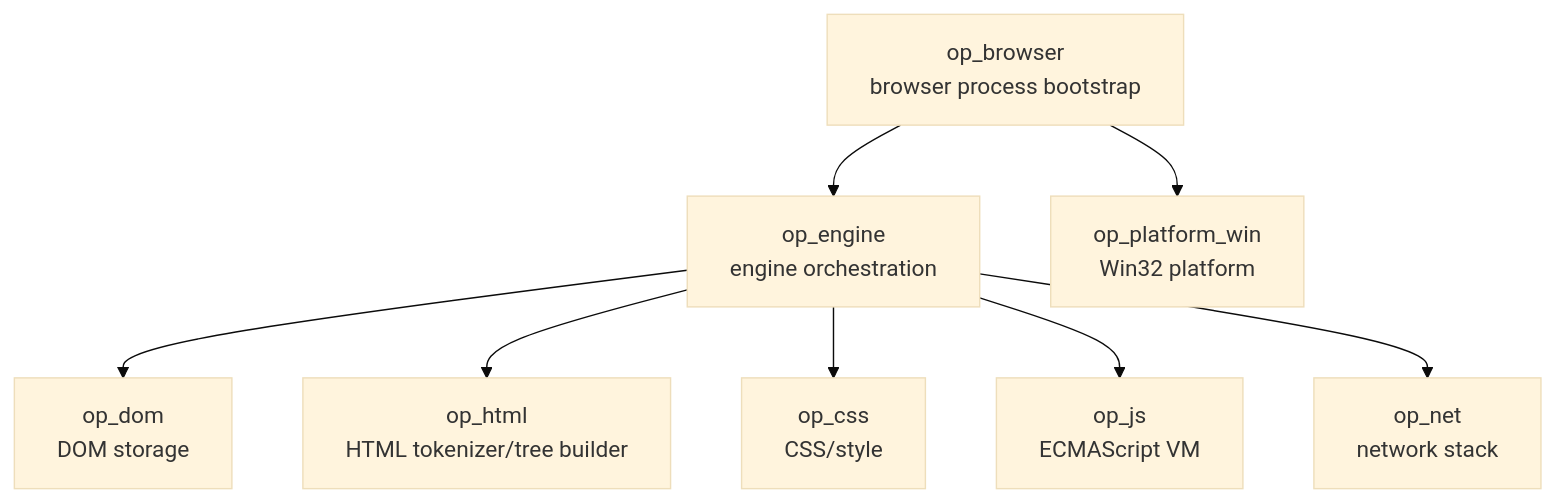
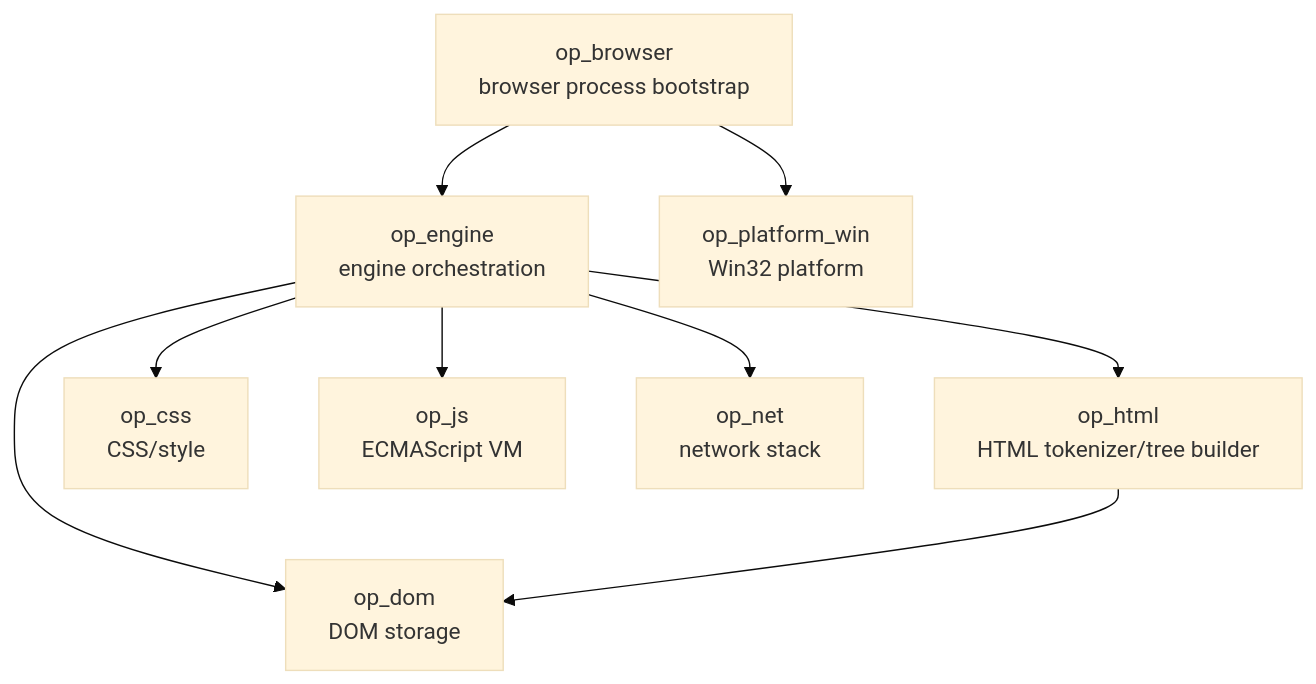
One commit to Gerbesh/OPBrowser changed the first of 2 diagrams in docs/CODE_GRAPH.md. Above: the diagram before and after it, drawn with Mermaid (base theme). The commit also changed other lines of this file and 10 other files, not shown here.

````diff
--- a/docs/CODE_GRAPH.md
+++ b/docs/CODE_GRAPH.md
@@ -10,19 +10,20 @@
 ```mermaid
 graph TD
     B[op_browser<br/>browser process bootstrap]
     E[op_engine<br/>engine orchestration]
     W[op_platform_win<br/>Win32 platform]
     D[op_dom<br/>DOM storage]
     H[op_html<br/>HTML tokenizer/tree builder]
     C[op_css<br/>CSS/style]
     J[op_js<br/>ECMAScript VM]
     N[op_net<br/>network stack]
 
     B --> E
     B --> W
     E --> D
     E --> H
     E --> C
     E --> J
     E --> N
+    H --> D
 ```
````
